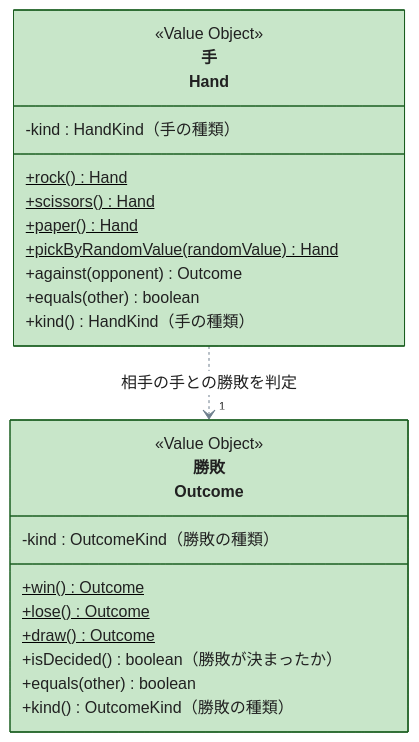
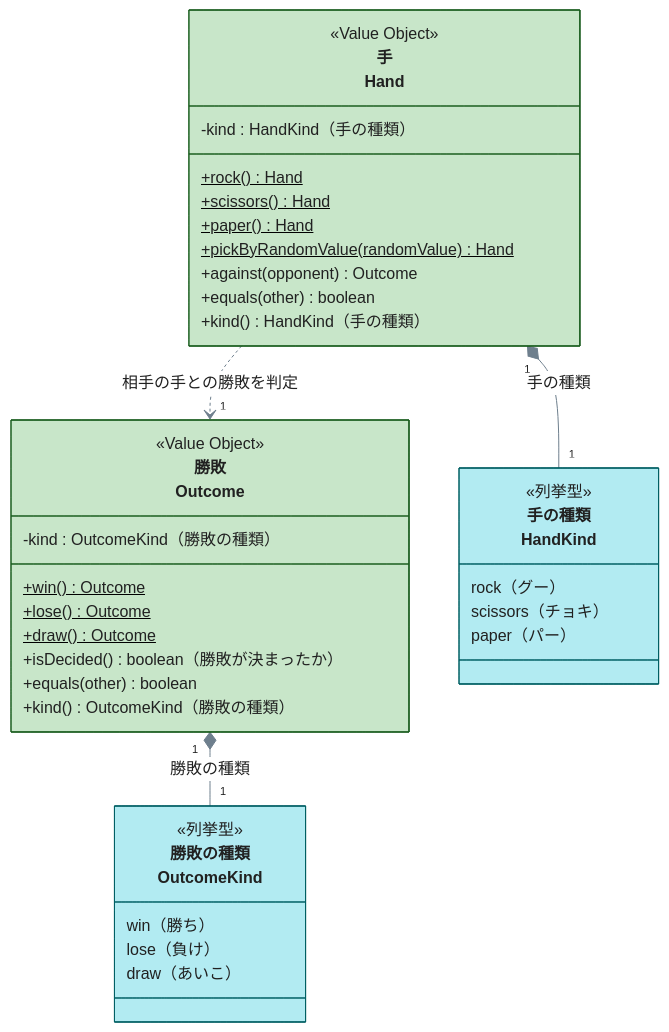
One commit to ackey-tah/akita_test_20261015_001 changed the diagram in docs/domain/janken/hand-手と勝敗.md. Above: the diagram before and after it, drawn with Mermaid. The commit also changed other lines of this file and 13 other files, not shown here.

````diff
--- a/docs/domain/janken/hand-手と勝敗.md
+++ b/docs/domain/janken/hand-手と勝敗.md
@@ -5,29 +5,45 @@
 ```mermaid
 %%{init: {"theme": "base", "themeVariables": {"nodeBorder": "#37474F", "classText": "#212121", "mainBkg": "#FFFFFF", "lineColor": "#6E7F8D"}, "themeCSS": ".edgeTerminals .edgeLabel p { background: #FFFFFF; color: #212121; padding: 0 2px; border-radius: 2px; }"}}%%
 classDiagram
     direction TB
     class Hand["手<br>Hand"] {
         <<Value Object>>
         -kind : HandKind（手の種類）
         +rock() Hand$
         +scissors() Hand$
         +paper() Hand$
         +pickByRandomValue(randomValue) Hand$
         +against(opponent) Outcome
         +equals(other) boolean
         +kind() HandKind（手の種類）
     }
     class Outcome["勝敗<br>Outcome"] {
         <<Value Object>>
         -kind : OutcomeKind（勝敗の種類）
         +win() Outcome$
         +lose() Outcome$
         +draw() Outcome$
         +isDecided() boolean（勝敗が決まったか）
         +equals(other) boolean
         +kind() OutcomeKind（勝敗の種類）
     }
+    class HandKind["手の種類<br>HandKind"] {
+        <<列挙型>>
+        rock（グー）
+        scissors（チョキ）
+        paper（パー）
+    }
+    class OutcomeKind["勝敗の種類<br>OutcomeKind"] {
+        <<列挙型>>
+        win（勝ち）
+        lose（負け）
+        draw（あいこ）
+    }
     Hand ..> "1" Outcome : 相手の手との勝敗を判定
+    Hand "1" *-- "1" HandKind : 手の種類
+    Outcome "1" *-- "1" OutcomeKind : 勝敗の種類
     style Hand fill:#C8E6C9,stroke:#1B5E20
     style Outcome fill:#C8E6C9,stroke:#1B5E20
+    style HandKind fill:#B2EBF2,stroke:#006064
+    style OutcomeKind fill:#B2EBF2,stroke:#006064
 ```
````
